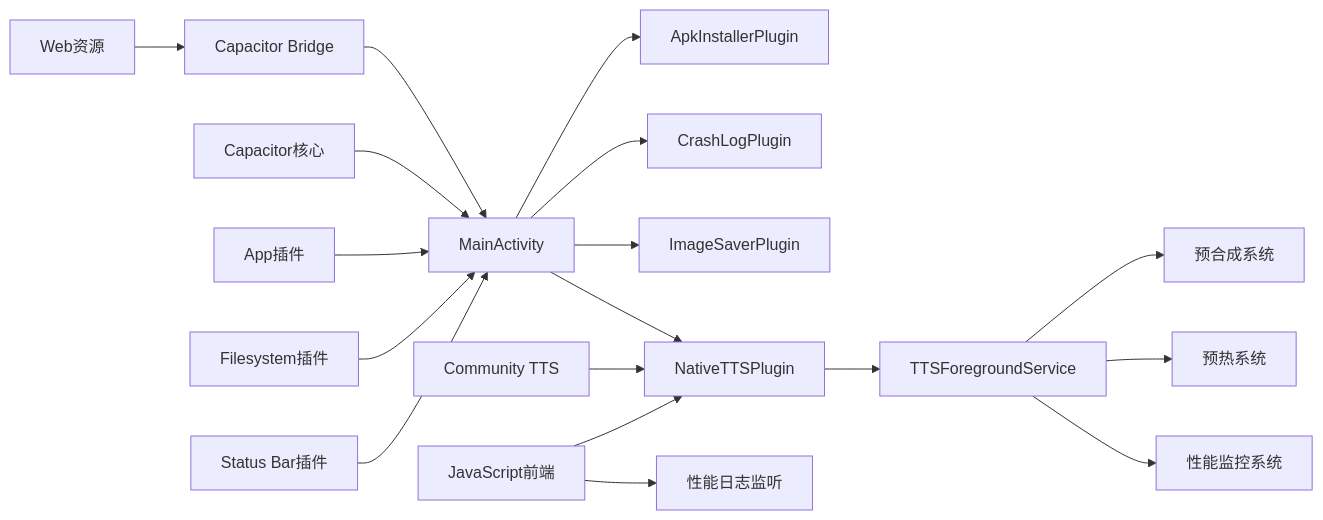
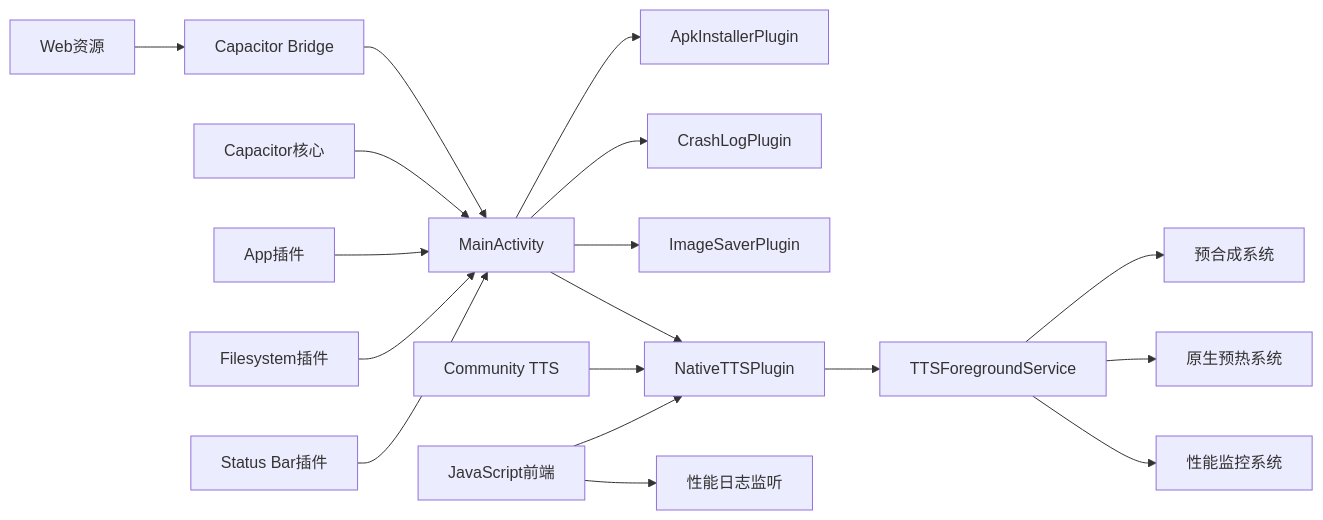
Before and after one commit to zhao-zg/cx: diagram 11 of 11 in .qoder/repowiki/zh/content/移动应用开发/移动应用开发.md, drawn with Mermaid. The commit also changed other lines of this file and 30 other files, not shown here.

````diff
--- a/.qoder/repowiki/zh/content/移动应用开发/移动应用开发.md
+++ b/.qoder/repowiki/zh/content/移动应用开发/移动应用开发.md
@@ -562,20 +570,20 @@
 ```mermaid
 graph LR
 WEB["Web资源"] --> BRIDGE["Capacitor Bridge"]
 BRIDGE --> MAINACT["MainActivity"]
 MAINACT --> APK["ApkInstallerPlugin"]
 MAINACT --> CRASH["CrashLogPlugin"]
 MAINACT --> IMG["ImageSaverPlugin"]
 MAINACT --> TTS["NativeTTSPlugin"]
 CAP["Capacitor核心"] --> MAINACT
 APP["App插件"] --> MAINACT
 FS["Filesystem插件"] --> MAINACT
 SB["Status Bar插件"] --> MAINACT
 CTTS["Community TTS"] --> TTS
 TTS --> SERVICE["TTSForegroundService"]
 SERVICE --> PRE_SYNTH["预合成系统"]
-SERVICE --> WARMUP["预热系统"]
+SERVICE --> WARMUP["原生预热系统"]
 SERVICE --> PERF_MONITOR["性能监控系统"]
 JAVASCRIPT["JavaScript前端"] --> TTS
 JAVASCRIPT --> PERF_LOG["性能日志监听"]
 ```
````
